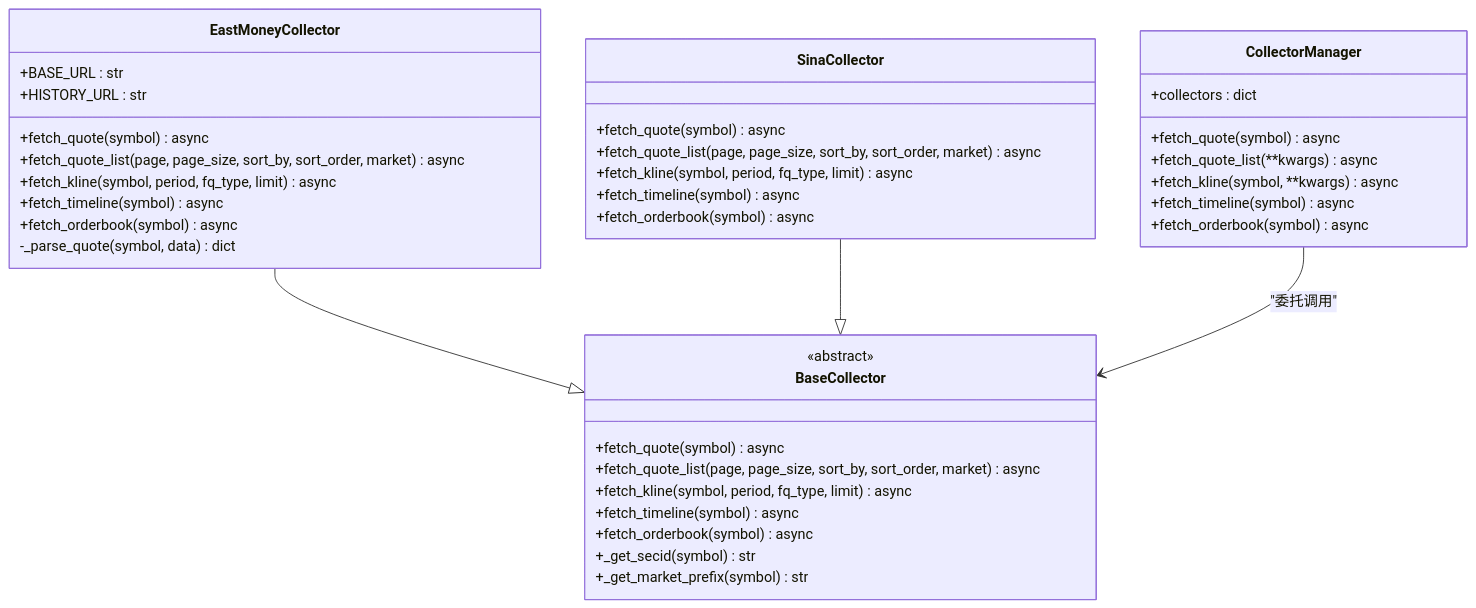
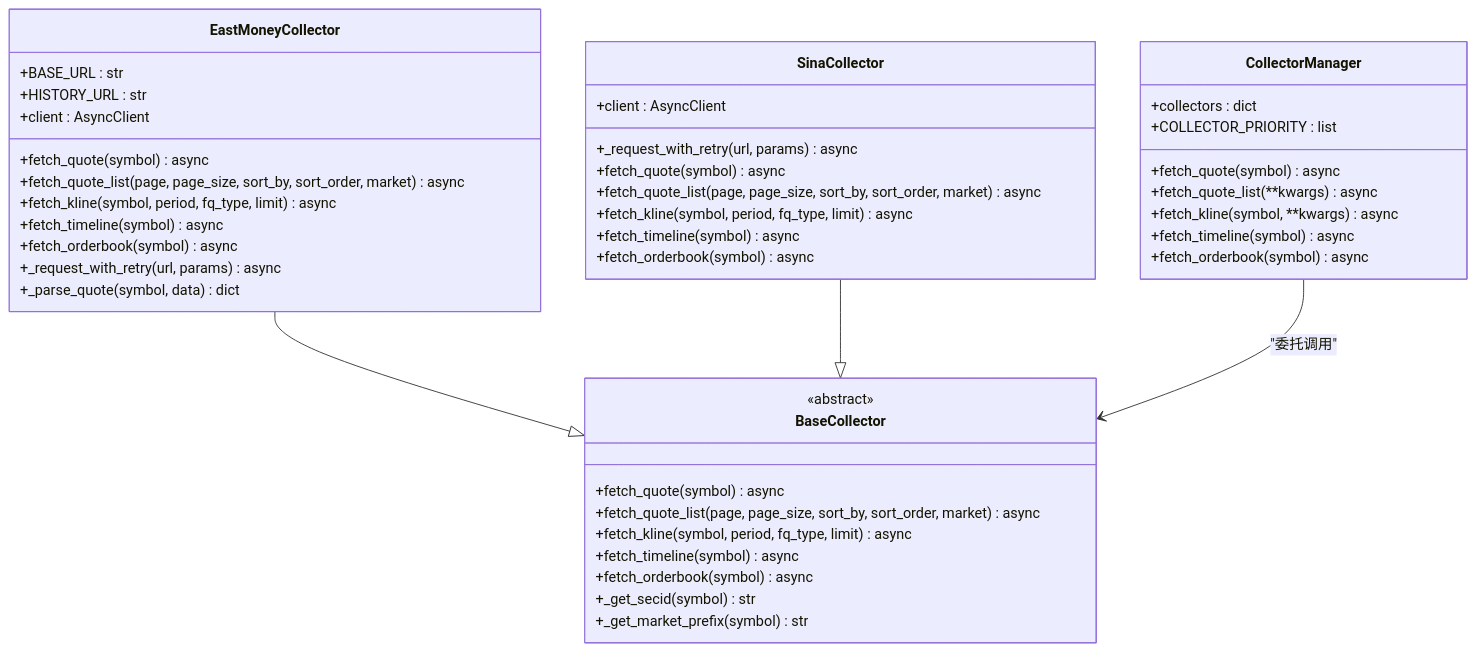
One commit to We3le7/stock-view changed the second of 8 diagrams in .qoder/repowiki/zh/content/后端开发/数据服务层/数据采集器架构.md. Above: the diagram before and after it, drawn with Mermaid. The commit also changed other lines of this file and 5 other files, not shown here.

````diff
--- a/.qoder/repowiki/zh/content/后端开发/数据服务层/数据采集器架构.md
+++ b/.qoder/repowiki/zh/content/后端开发/数据服务层/数据采集器架构.md
@@ -84,41 +103,46 @@
 ```mermaid
 classDiagram
 class BaseCollector {
 <<abstract>>
 +fetch_quote(symbol) async
 +fetch_quote_list(page, page_size, sort_by, sort_order, market) async
 +fetch_kline(symbol, period, fq_type, limit) async
 +fetch_timeline(symbol) async
 +fetch_orderbook(symbol) async
 +_get_secid(symbol) str
 +_get_market_prefix(symbol) str
 }
 class EastMoneyCollector {
 +BASE_URL : str
 +HISTORY_URL : str
++client : AsyncClient
 +fetch_quote(symbol) async
 +fetch_quote_list(page, page_size, sort_by, sort_order, market) async
 +fetch_kline(symbol, period, fq_type, limit) async
 +fetch_timeline(symbol) async
 +fetch_orderbook(symbol) async
--_parse_quote(symbol, data) dict
++_request_with_retry(url, params) async
++_parse_quote(symbol, data) dict
 }
 class SinaCollector {
++client : AsyncClient
++_request_with_retry(url, params) async
 +fetch_quote(symbol) async
 +fetch_quote_list(page, page_size, sort_by, sort_order, market) async
 +fetch_kline(symbol, period, fq_type, limit) async
 +fetch_timeline(symbol) async
 +fetch_orderbook(symbol) async
 }
 class CollectorManager {
 +collectors : dict
++COLLECTOR_PRIORITY : list
 +fetch_quote(symbol) async
 +fetch_quote_list(**kwargs) async
 +fetch_kline(symbol, **kwargs) async
 +fetch_timeline(symbol) async
 +fetch_orderbook(symbol) async
 }
 EastMoneyCollector --|> BaseCollector
 SinaCollector --|> BaseCollector
 CollectorManager --> BaseCollector : "委托调用"
 ```
````
